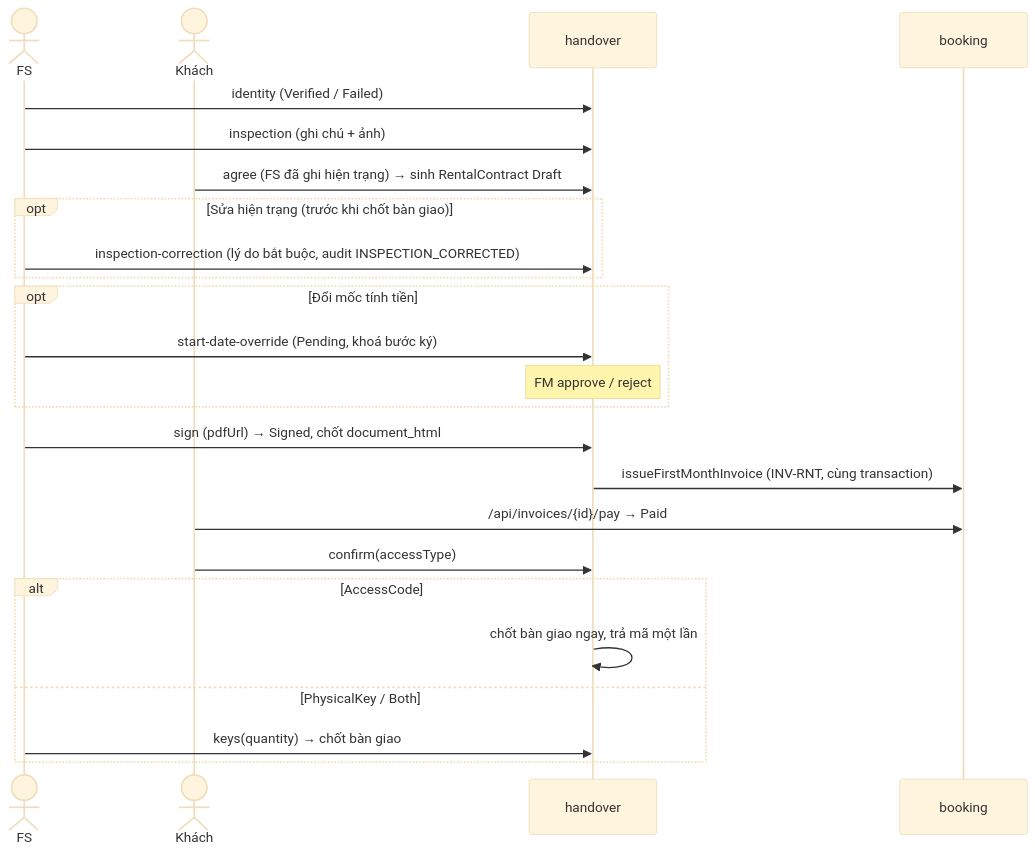
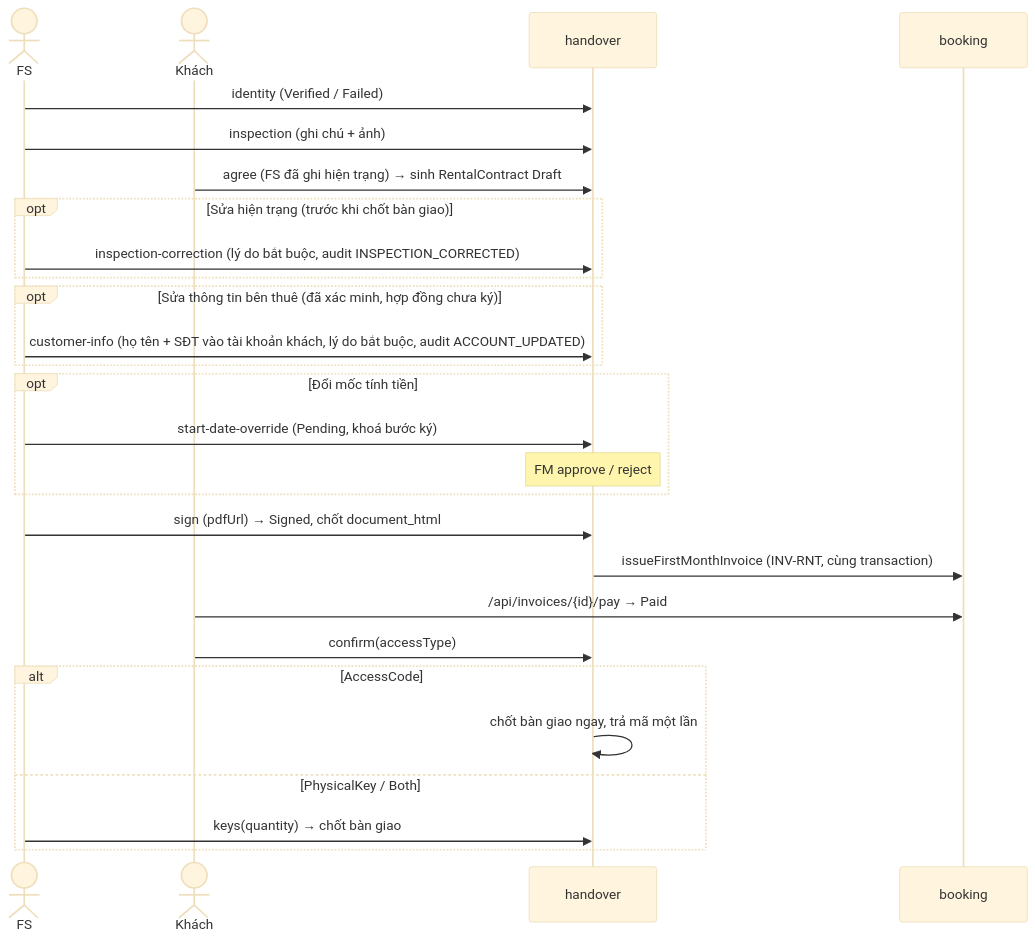
The diagram in backend/docs/handover/records.md (BiBo364/self-storage), drawn with Mermaid (base theme) before and after one commit. The commit also changed other lines of this file and 11 other files, not shown here.

````diff
--- a/backend/docs/handover/records.md
+++ b/backend/docs/handover/records.md
@@ -15,26 +15,29 @@
 ```mermaid
 sequenceDiagram
     actor FS
     actor K as Khách
     participant H as handover
     participant B as booking
     FS->>H: identity (Verified / Failed)
     FS->>H: inspection (ghi chú + ảnh)
     K->>H: agree (FS đã ghi hiện trạng) → sinh RentalContract Draft
     opt Sửa hiện trạng (trước khi chốt bàn giao)
         FS->>H: inspection-correction (lý do bắt buộc, audit INSPECTION_CORRECTED)
+    end
+    opt Sửa thông tin bên thuê (đã xác minh, hợp đồng chưa ký)
+        FS->>H: customer-info (họ tên + SĐT vào tài khoản khách, lý do bắt buộc, audit ACCOUNT_UPDATED)
     end
     opt Đổi mốc tính tiền
         FS->>H: start-date-override (Pending, khoá bước ký)
         Note over H: FM approve / reject
     end
     FS->>H: sign (pdfUrl) → Signed, chốt document_html
     H->>B: issueFirstMonthInvoice (INV-RNT, cùng transaction)
     K->>B: /api/invoices/{id}/pay → Paid
     K->>H: confirm(accessType)
     alt AccessCode
         H->>H: chốt bàn giao ngay, trả mã một lần
     else PhysicalKey / Both
         FS->>H: keys(quantity) → chốt bàn giao
     end
 ```
````
